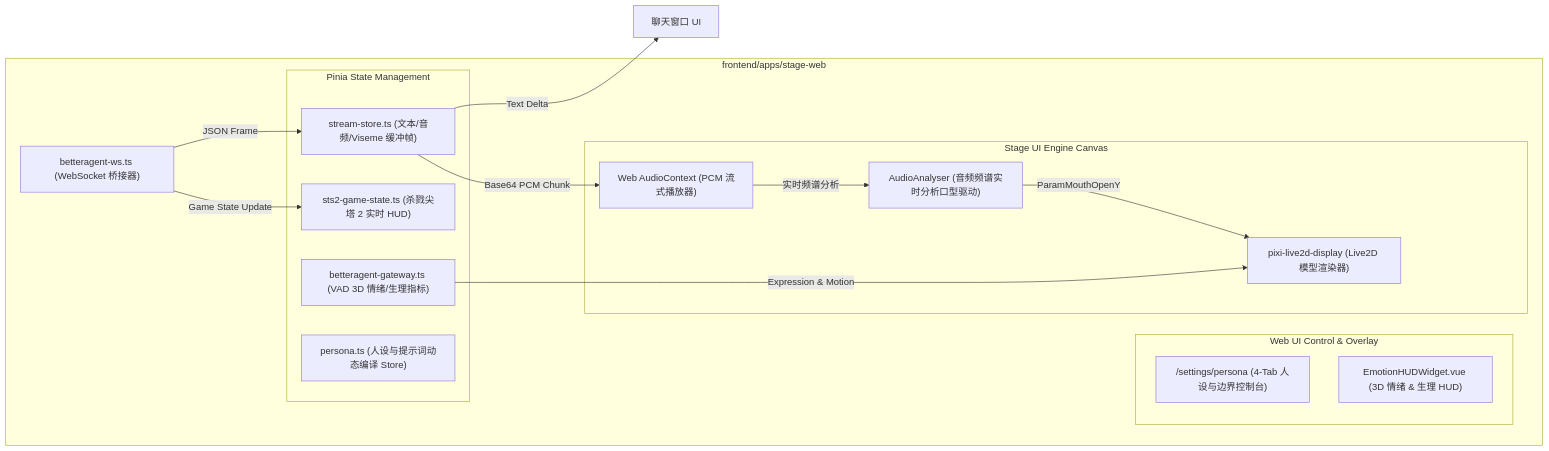
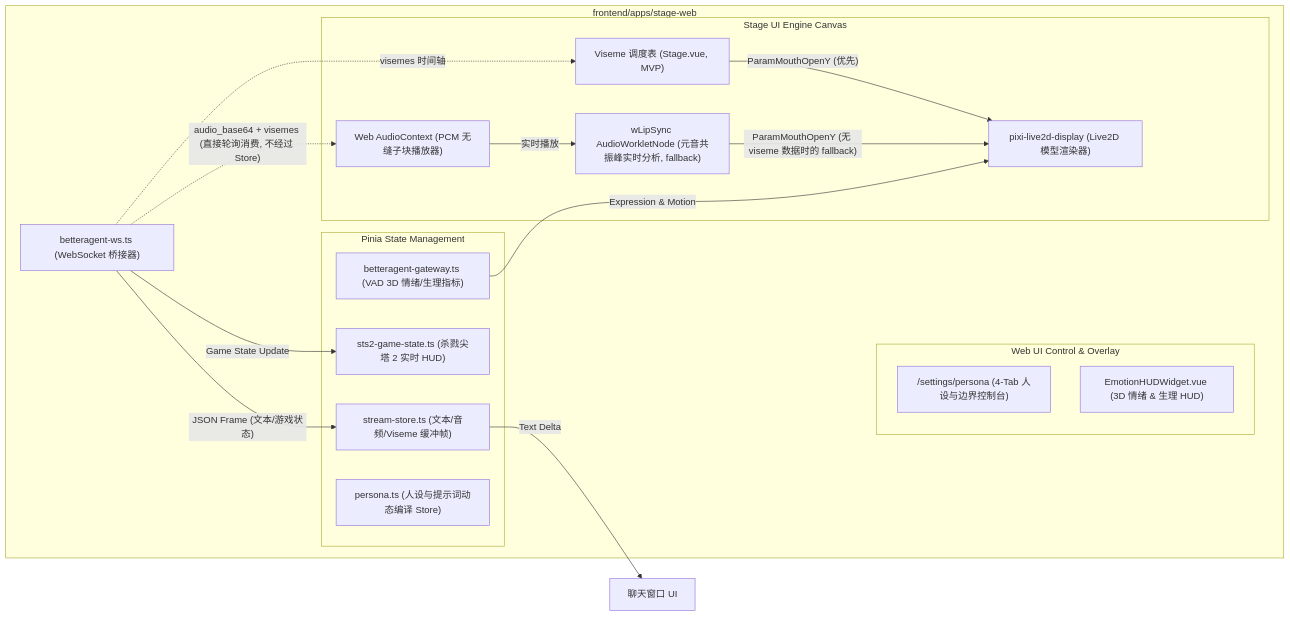
One commit to hpkm2635/BetterAgent changed the tenth of 12 diagrams in docs/ARCHITECTURE.md. Above: the diagram before and after it, drawn with Mermaid. The commit also changed other lines of this file, not shown here.

Commit message:
docs(architecture): fix orphaned NATS subjects in §2.1 and describe new viseme pipeline in §6.2
§2.1's sequence diagram still showed agent.tts.stream_chunk and
agent.viseme.data as live pub/sub events, contradicting the already-
corrected §4.1 subject table -- these two subjects are defined
constants with zero other references anywhere in the codebase. Fixed
to show the real path: Cognitive publishes ActionDecisionPayload on
agent.action.web.{chat_id}, TTS publishes agent.audio.chunk with
visemes embedded.

§6.2's mouth-driving description ("real-time spectrum analysis") that
I wrote last round was inaccurate -- the actual (and, until this
round, only) mechanism is wLipSync AudioWorkletNode vowel-formant
analysis. Since this round also just wired up real viseme-schedule-
driven mouth movement as a preferred path over that fallback, the
diagram and note are updated to describe both: Stage.vue polls the WS
bridge directly (bypassing the Pinia store) for BetterAgent audio and
visemes, prefers the viseme schedule when available, and falls back to
wLipSync otherwise.

````diff
--- a/docs/ARCHITECTURE.md
+++ b/docs/ARCHITECTURE.md
@@ -639,32 +639,35 @@
 ```mermaid
 graph LR
     subgraph Frontend_App["frontend/apps/stage-web"]
         WSBridge["betteragent-ws.ts (WebSocket 桥接器)"]
         
         subgraph Pinia_Stores["Pinia State Management"]
             StreamStore["stream-store.ts (文本/音频/Viseme 缓冲帧)"]
             STS2Store["sts2-game-state.ts (杀戮尖塔 2 实时 HUD)"]
             EmotionStore["betteragent-gateway.ts (VAD 3D 情绪/生理指标)"]
             PersonaStore["persona.ts (人设与提示词动态编译 Store)"]
         end
 
         subgraph Control_Panels["Web UI Control & Overlay"]
             PersonaControl["/settings/persona (4-Tab 人设与边界控制台)"]
             EmotionHUD["EmotionHUDWidget.vue (3D 情绪 & 生理 HUD)"]
         end
 
         subgraph Render_Engines["Stage UI Engine Canvas"]
             Live2DCanvas["pixi-live2d-display (Live2D 模型渲染器)"]
-            AudioAnalyser["AudioAnalyser (音频频谱实时分析口型驱动)"]
-            AudioPlayback["Web AudioContext (PCM 流式播放器)"]
+            WLipSync["wLipSync AudioWorkletNode (元音共振峰实时分析, fallback)"]
+            VisemeSchedule["Viseme 调度表 (Stage.vue, MVP)"]
+            AudioPlayback["Web AudioContext (PCM 无缝子块播放器)"]
         end
     end
 
-    WSBridge --"JSON Frame"--> StreamStore
+    WSBridge --"JSON Frame (文本/游戏状态)"--> StreamStore
     WSBridge --"Game State Update"--> STS2Store
     StreamStore --"Text Delta"--> ChatUI["聊天窗口 UI"]
-    StreamStore --"Base64 PCM Chunk"--> AudioPlayback
-    AudioPlayback --"实时频谱分析"--> AudioAnalyser
-    AudioAnalyser --"ParamMouthOpenY"--> Live2DCanvas
+    WSBridge -."audio_base64 + visemes (直接轮询消费, 不经过 Store)".-> AudioPlayback
+    AudioPlayback --"实时播放"--> WLipSync
+    WSBridge -."visemes 时间轴".-> VisemeSchedule
+    VisemeSchedule --"ParamMouthOpenY (优先)"--> Live2DCanvas
+    WLipSync --"ParamMouthOpenY (无 viseme 数据时的 fallback)"--> Live2DCanvas
     EmotionStore --"Expression & Motion"--> Live2DCanvas
 ```
````
